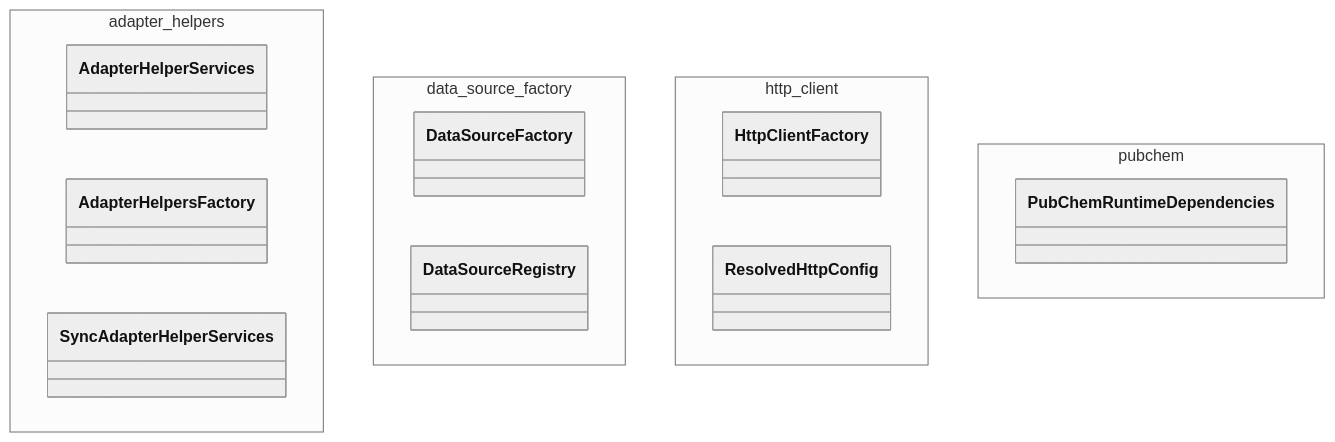
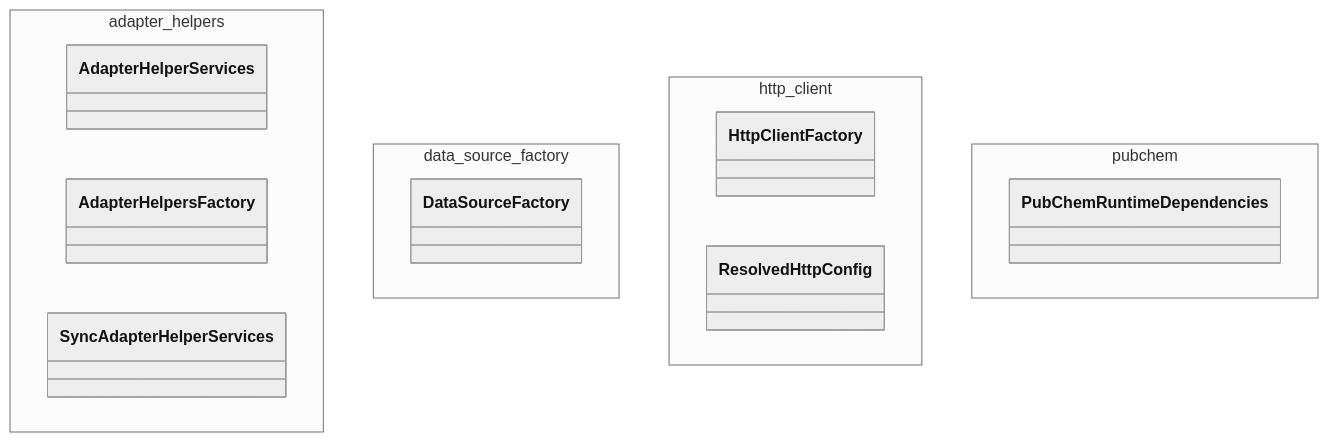
One commit to SatoryKono/BioactivityDataAcquisition changed the diagram in docs/02-architecture/diagrams/class-diagrams/90-pkg-composition-factories-datasource.mmd. Above: the diagram before and after it, drawn with Mermaid (neutral theme). The commit also changed other lines of this file and 9 other files, not shown here.

```diff
--- a/docs/02-architecture/diagrams/class-diagrams/90-pkg-composition-factories-datasource.mmd
+++ b/docs/02-architecture/diagrams/class-diagrams/90-pkg-composition-factories-datasource.mmd
@@ -1,30 +1,29 @@
 %% Title: Package Family: composition/factories/datasource
 %% Covers: AST-derived supplemental package-family inventory for src/bioetl/composition/factories/datasource; modules: adapter_helpers, data_source_factory, http_client, pubchem.
 %% Components: top-level classes grouped by source module.
 %% @version 1.0.0
 %% @type    classDiagram
 %% @date    2026-03-27
 %% @level   Package Family / Inventory Slice
-%% @nodes   8
+%% @nodes   7
 %% @reference Generated supplemental package-family diagram. Curated class-summary remains narrative-only.
 classDiagram
 
     namespace adapter_helpers {
         class AdapterHelperServices
         class AdapterHelpersFactory
         class SyncAdapterHelperServices
     }
 
     namespace data_source_factory {
         class DataSourceFactory
-        class DataSourceRegistry
     }
 
     namespace http_client {
         class HttpClientFactory
         class ResolvedHttpConfig
     }
 
     namespace pubchem {
         class PubChemRuntimeDependencies
     }
```
